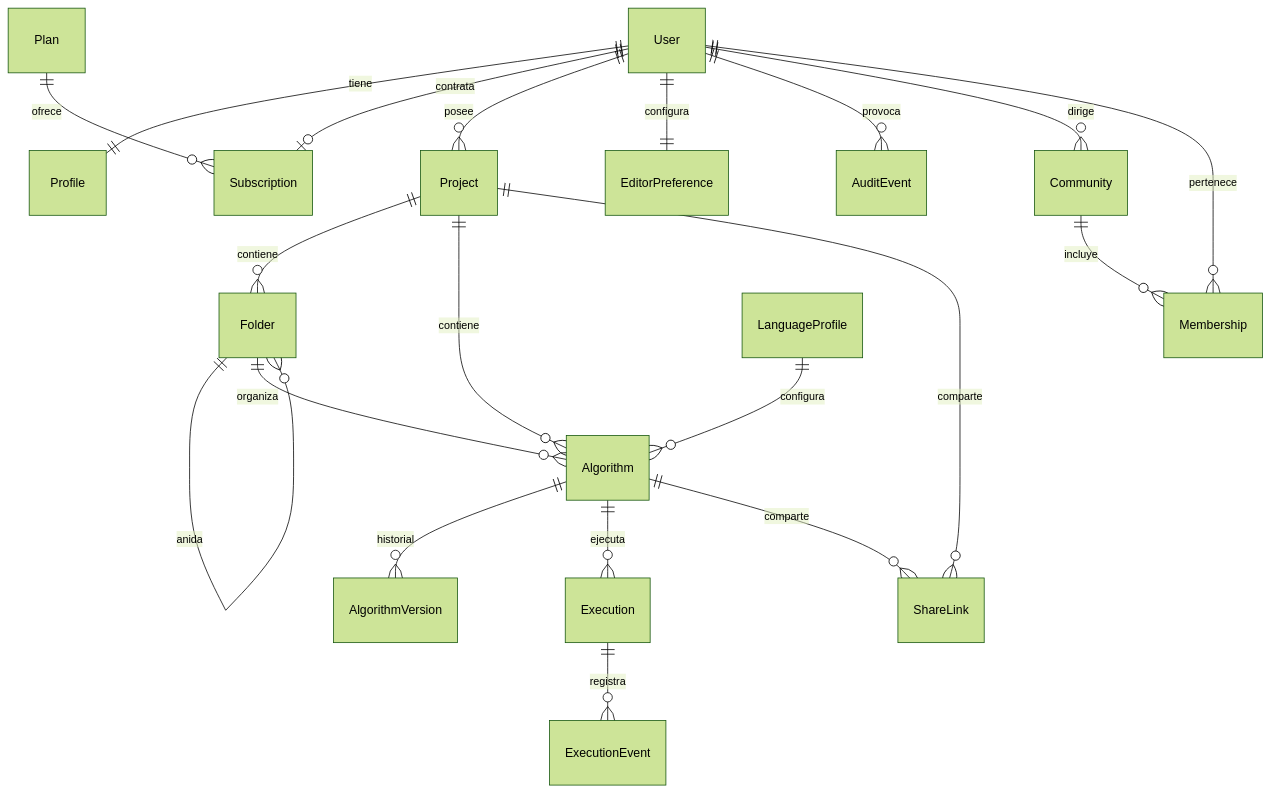
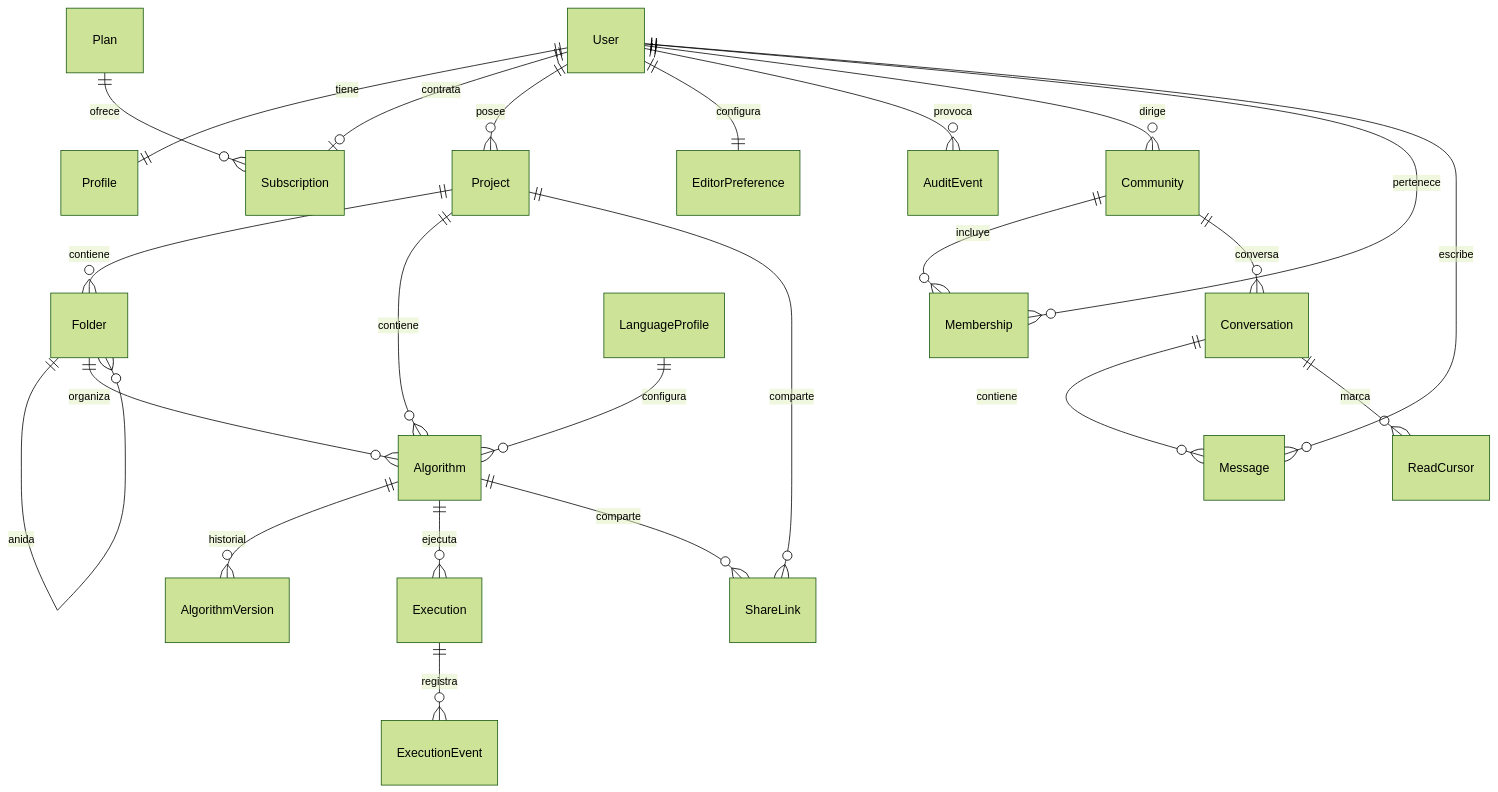
The diagram in docs/modelo-de-datos.md (roque-code/FCDesign_client_server), drawn with Mermaid (forest theme) before and after one commit. The commit also changed other lines of this file and 24 other files, not shown here.

````diff
--- a/docs/modelo-de-datos.md
+++ b/docs/modelo-de-datos.md
@@ -11,22 +11,26 @@
 ```mermaid
 erDiagram
     User ||--|| Profile : tiene
     User ||--o| Subscription : contrata
     Plan ||--o{ Subscription : ofrece
     User ||--o{ Project : posee
     User ||--|| EditorPreference : configura
     Project ||--o{ Folder : contiene
     Folder ||--o{ Folder : anida
     Project ||--o{ Algorithm : contiene
     Folder ||--o{ Algorithm : organiza
     Algorithm ||--o{ AlgorithmVersion : historial
     Algorithm ||--o{ Execution : ejecuta
     Execution ||--o{ ExecutionEvent : registra
     Algorithm ||--o{ ShareLink : comparte
     Project ||--o{ ShareLink : comparte
     User ||--o{ AuditEvent : provoca
     User ||--o{ Community : dirige
     Community ||--o{ Membership : incluye
     User ||--o{ Membership : pertenece
     LanguageProfile ||--o{ Algorithm : configura
+    Community ||--o{ Conversation : conversa
+    Conversation ||--o{ Message : contiene
+    Conversation ||--o{ ReadCursor : marca
+    User ||--o{ Message : escribe
 ```
````
